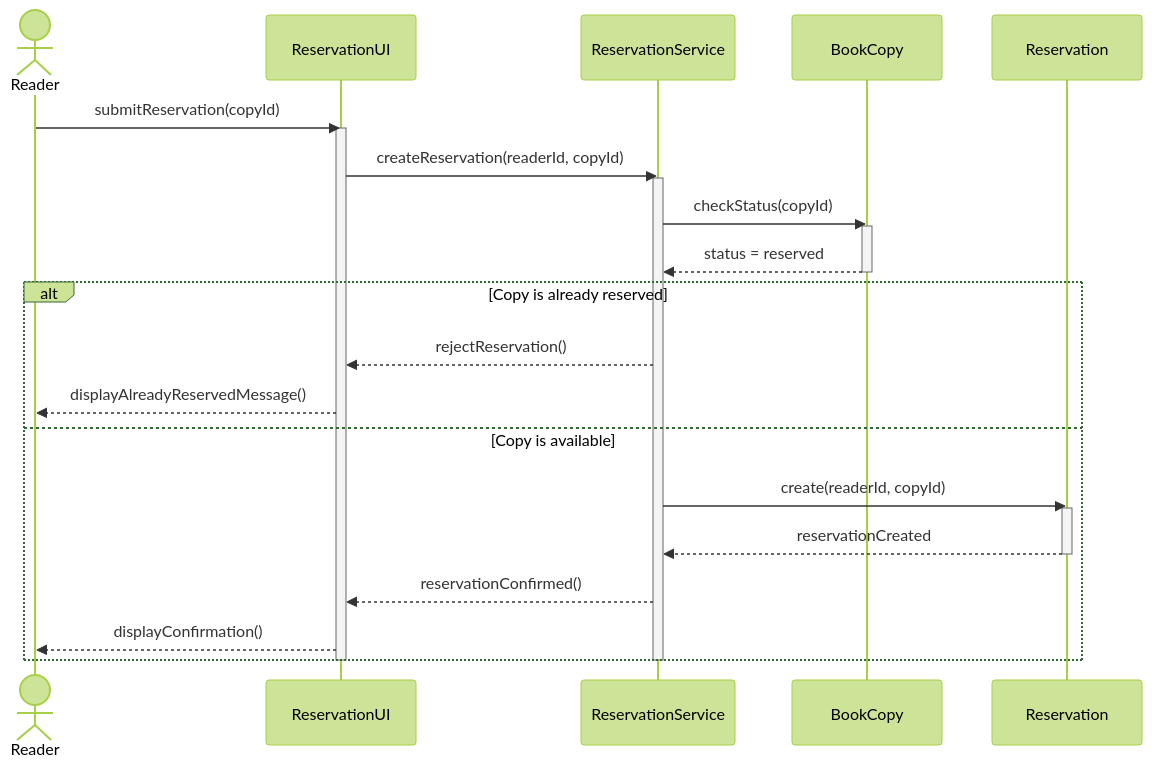
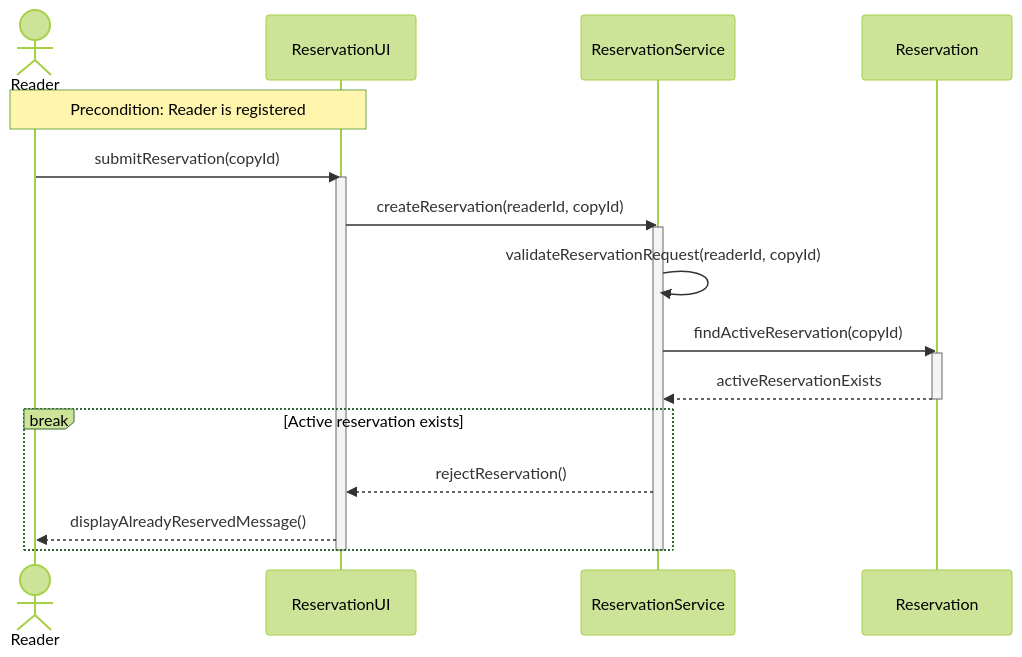
The diagram in sequence/SC-03-copy-already-reserved.mmd (liza051/library-sequence-diagrams), drawn with Mermaid (forest theme) before and after one commit.

Commit message:
Fix SC-03 active reservation check

```diff
--- a/sequence/SC-03-copy-already-reserved.mmd
+++ b/sequence/SC-03-copy-already-reserved.mmd
@@ -1,32 +1,28 @@
 sequenceDiagram
     actor Reader
     participant UI as ReservationUI
     participant Service as ReservationService
-    participant Copy as BookCopy
     participant Reservation
+
+    Note over Reader,UI: Precondition: Reader is registered
 
     Reader->>UI: submitReservation(copyId)
     activate UI
 
     UI->>Service: createReservation(readerId, copyId)
     activate Service
 
-    Service->>Copy: checkStatus(copyId)
-    activate Copy
-    Copy-->>Service: status = reserved
-    deactivate Copy
+    Service->>Service: validateReservationRequest(readerId, copyId)
 
-    alt Copy is already reserved
-        Service-->>UI: rejectReservation()
-        UI-->>Reader: displayAlreadyReservedMessage()
-    else Copy is available
-        Service->>Reservation: create(readerId, copyId)
-        activate Reservation
-        Reservation-->>Service: reservationCreated
-        deactivate Reservation
-        Service-->>UI: reservationConfirmed()
-        UI-->>Reader: displayConfirmation()
+    Service->>Reservation: findActiveReservation(copyId)
+    activate Reservation
+    Reservation-->>Service: activeReservationExists
+    deactivate Reservation
+
+    break Active reservation exists
+    Service-->>UI: rejectReservation()
+    UI-->>Reader: displayAlreadyReservedMessage()
     end
 
     deactivate Service
     deactivate UI
```
